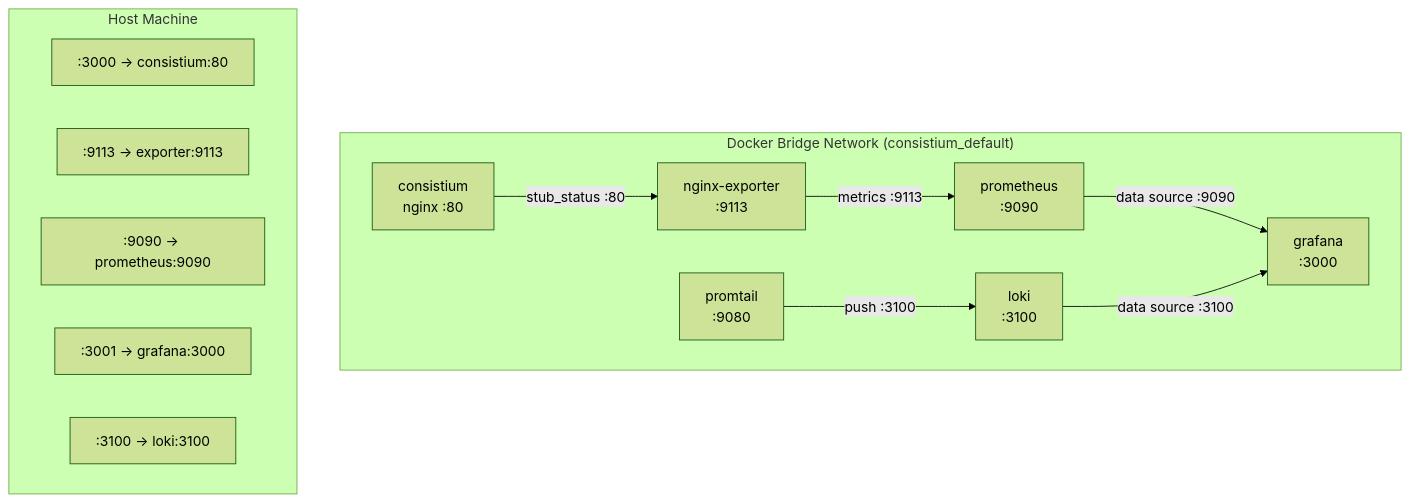
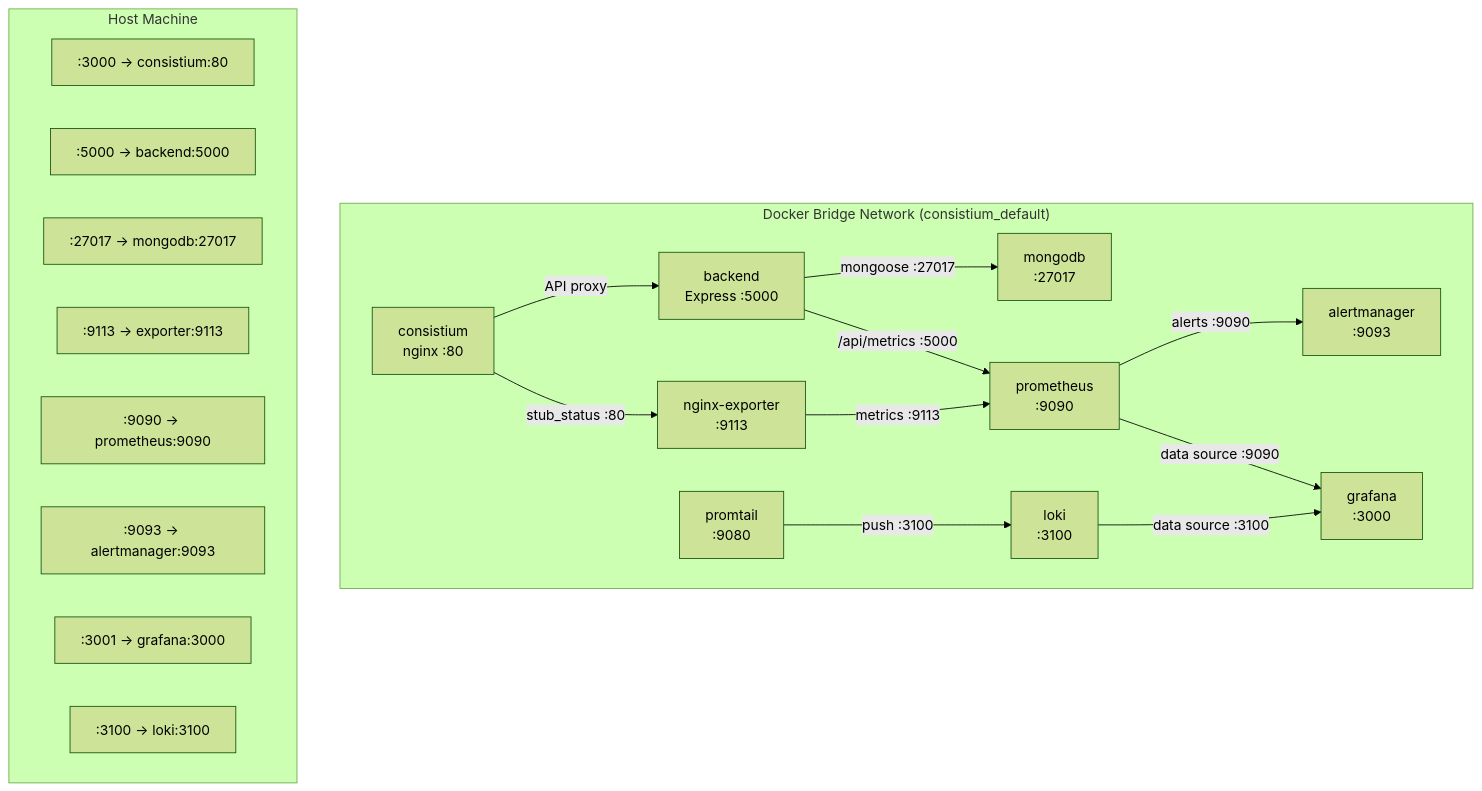
Before and after one commit to Kalpanapramodya97/consistium: the third of 3 diagrams in docs/devops/docker-setup.md, drawn with Mermaid (forest theme). The commit also changed other lines of this file and 5 other files, not shown here.

````diff
--- a/docs/devops/docker-setup.md
+++ b/docs/devops/docker-setup.md
@@ -359,25 +571,35 @@
 ```mermaid
 graph TB
     subgraph "Docker Bridge Network (consistium_default)"
         A["consistium<br/>nginx :80"]
+        BA["backend<br/>Express :5000"]
+        MA["mongodb<br/>:27017"]
         B["nginx-exporter<br/>:9113"]
         C["prometheus<br/>:9090"]
+        AM["alertmanager<br/>:9093"]
         D["grafana<br/>:3000"]
         E["loki<br/>:3100"]
         F["promtail<br/>:9080"]
     end
 
+    A -- "API proxy" --> BA
+    BA -- "mongoose :27017" --> MA
     A -- "stub_status :80" --> B
+    BA -- "/api/metrics :5000" --> C
     B -- "metrics :9113" --> C
+    C -- "alerts :9090" --> AM
     C -- "data source :9090" --> D
     F -- "push :3100" --> E
     E -- "data source :3100" --> D
 
     subgraph "Host Machine"
         G[":3000 → consistium:80"]
+        GB[":5000 → backend:5000"]
+        GM[":27017 → mongodb:27017"]
         H[":9113 → exporter:9113"]
         I[":9090 → prometheus:9090"]
+        IA[":9093 → alertmanager:9093"]
         J[":3001 → grafana:3000"]
         K[":3100 → loki:3100"]
     end
 ```
````
